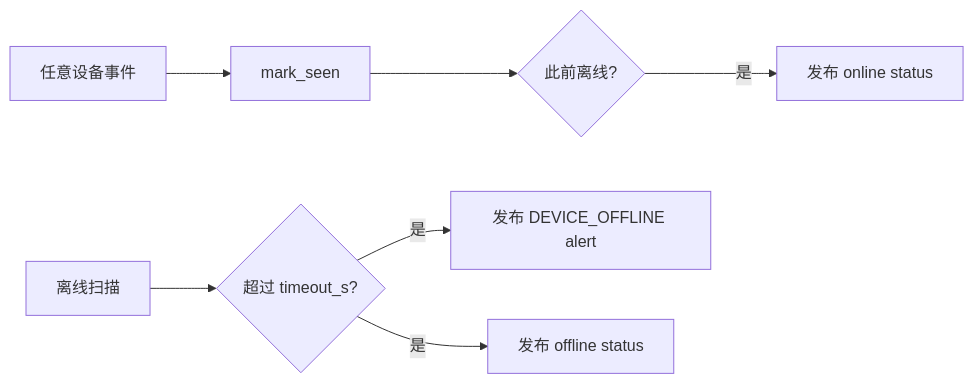
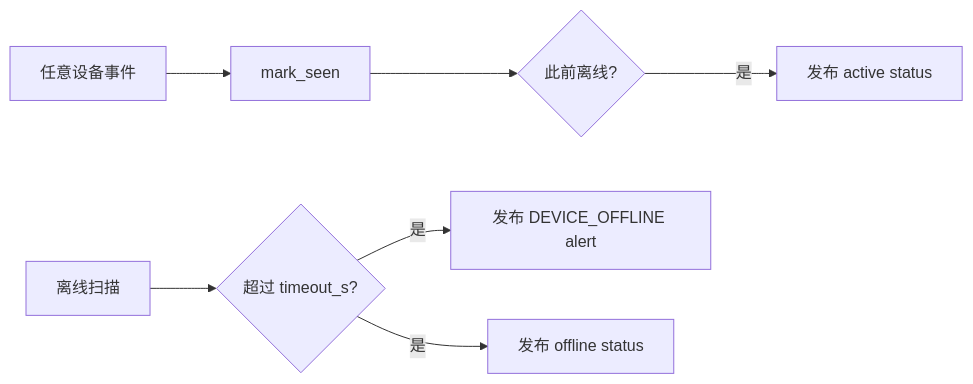
One commit to MC-ALL/motion_sense changed the fourth of 6 diagrams in gateway/edge_processor/README.md. Above: the diagram before and after it, drawn with Mermaid. The commit also changed other lines of this file, not shown here.

Commit message:
docs(gateway): align mqtt examples with schema

````diff
--- a/gateway/edge_processor/README.md
+++ b/gateway/edge_processor/README.md
@@ -826,9 +826,9 @@
 ```mermaid
 flowchart LR
   Event[任意设备事件] --> Seen[mark_seen]
   Seen --> Recover{此前离线?}
-  Recover -- 是 --> Online[发布 online status]
+  Recover -- 是 --> Online[发布 active status]
   Timer[离线扫描] --> Timeout{超过 timeout_s?}
   Timeout -- 是 --> OfflineAlert[发布 DEVICE_OFFLINE alert]
   Timeout -- 是 --> OfflineStatus[发布 offline status]
 ```
````
